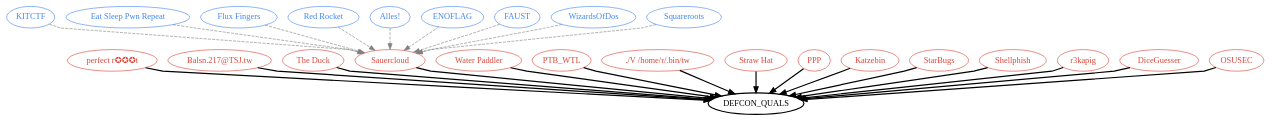
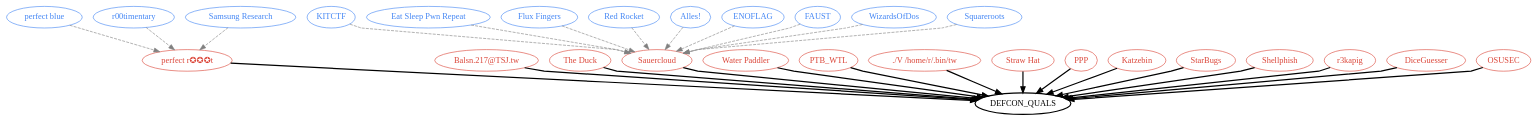
One commit to HanEmile/ctf_clusters changed the diagram in teams.dot. Above: the diagram before and after it, drawn with Graphviz. The commit also changed 1 other file, not shown here.

Commit message:
added perfect root

```diff
--- a/teams.dot
+++ b/teams.dot
@@ -1,79 +1,89 @@
 digraph teams {
   node [fontname = "JetBrains Mono"];
   overlap = false;
   splines = polyline;
 
   DEFCON_QUALS [style="bold" href="https://quals.2022.nautilus.institute/dashboard"];
 
   // team clusters (red)
   subgraph {
     node [color="#db4437" fontcolor="#db4437"];
     "perfect r✪✪✪t" [href="https://ctftime.org/team/176403"]
     "Balsn.217@TSJ.tw" [href="https://ctftime.org/team/189868"]
     "The Duck" [href="https://ctftime.org/team/111501"]
     "Sauercloud" [href="https://ctftime.org/team/54748"]
     "Water Paddler" [href="https://ctftime.org/team/155019"]
     "PTB_WTL" [href="https://ctftime.org/team/119975"]
     "./V /home/r/.bin/tw" [href="https://ctftime.org/team/189869"]
     "Straw Hat" [href="https://ctftime.org/team/19208"]
     "PPP" [href="https://ctftime.org/team/284"]
     "Katzebin" [href="https://ctftime.org/team/141539"]
     "StarBugs" [href="https://ctftime.org/team/152239"]
     "Shellphish" [href="https://ctftime.org/team/285"]
     "r3kapig" [href="https://ctftime.org/team/58979"]
     "DiceGuesser" [href="https://ctftime.org/team/182504"]
     "OSUSEC" [href="https://ctftime.org/team/12858"]
   }
 
   // individual teams (blue)
   subgraph {
     node [color="#4285f4" fontcolor="#4285f4"];
 
     // Sauercloud (Germany)
     "KITCTF" [href="https://ctftime.org/team/7221"];
     "Eat Sleep Pwn Repeat" [href="https://ctftime.org/team/15712"];
     "Flux Fingers" [href="https://ctftime.org/team/551"];
     "Red Rocket" [href="https://allesctf.net/"];
     "Alles!" [href="https://ctftime.org/team/18419"];
     "ENOFLAG" [href="https://ctftime.org/team/1438"];
     "FAUST" [href="https://ctftime.org/team/550"];
     "WizardsOfDos" [href="https://ctftime.org/team/561"];
     "Squareroots" [href="https://ctftime.org/team/554"];
+
+    // perfect rooot
+    "perfect blue" [href="https://ctftime.org/team/53802"];
+    "r00timentary" [href="https://ctftime.org/team/32783"];
+    "Samsung Research" [href=""];
   }
 
   // primary edges
   subgraph {
     "perfect r✪✪✪t" -> DEFCON_QUALS [style="bold"];
     "Balsn.217@TSJ.tw" -> DEFCON_QUALS [style="bold"];
     "The Duck" -> DEFCON_QUALS [style="bold"];
     "Sauercloud" -> DEFCON_QUALS [style="bold"];
     "Water Paddler" -> DEFCON_QUALS [style="bold"];
     "PTB_WTL" -> DEFCON_QUALS [style="bold"];
     "./V /home/r/.bin/tw" -> DEFCON_QUALS [style="bold"];
     "Straw Hat" -> DEFCON_QUALS [style="bold"];
     "PPP" -> DEFCON_QUALS [style="bold"];
     "Katzebin" -> DEFCON_QUALS [style="bold"];
     "StarBugs" -> DEFCON_QUALS [style="bold"];
     "Shellphish" -> DEFCON_QUALS [style="bold"];
     "r3kapig" -> DEFCON_QUALS [style="bold"];
     "DiceGuesser" -> DEFCON_QUALS [style="bold"];
     "OSUSEC" -> DEFCON_QUALS [style="bold"];
 
   }
 
   // secondary edges (teams to clusters)
   subgraph {
     edge [weight=1 style="dashed" color="grey"];
     // Sauercloud (Germany)
     "KITCTF" -> "Sauercloud";
     "Eat Sleep Pwn Repeat" -> "Sauercloud";   
     "Flux Fingers" -> "Sauercloud";   
     "Red Rocket" -> "Sauercloud";   
     "Alles!" -> "Sauercloud";   
     "ENOFLAG" -> "Sauercloud";   
     "FAUST" -> "Sauercloud";   
     "WizardsOfDos" -> "Sauercloud";   
     "Squareroots" -> "Sauercloud";   
+
+    // perfect rooot
+    "perfect blue" ->"perfect r✪✪✪t";
+    "r00timentary" -> "perfect r✪✪✪t";
+    "Samsung Research" -> "perfect r✪✪✪t";
   }
 
 }
```
